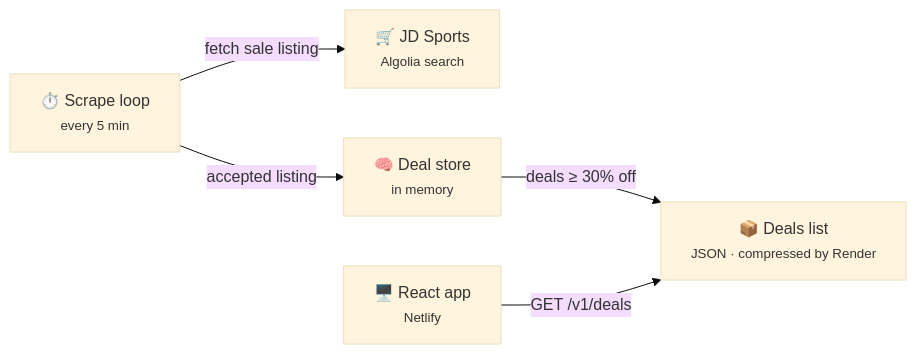
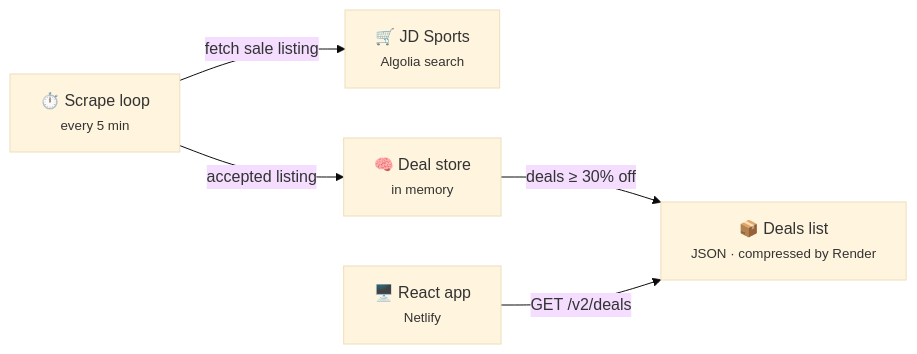
One commit to JahanU/bargain-web-scraper changed the first of 2 diagrams in README.md. Above: the diagram before and after it, drawn with Mermaid (base theme). The commit also changed other lines of this file and 65 other files, not shown here.

````diff
--- a/README.md
+++ b/README.md
@@ -13,13 +13,13 @@
 ```mermaid
 flowchart LR
     jd["🛒 JD Sports<br/><small>Algolia search</small>"]
     loop["⏱️ Scrape loop<br/><small>every 5 min</small>"]
     store["🧠 Deal store<br/><small>in memory</small>"]
     response["📦 Deals list<br/><small>JSON · compressed by Render</small>"]
     app["🖥️ React app<br/><small>Netlify</small>"]
 
     loop -- fetch sale listing --> jd
     loop -- accepted listing --> store
     store -- "deals ≥ 30% off" --> response
-    app -- "GET /v1/deals" --> response
+    app -- "GET /v2/deals" --> response
 ```
````
